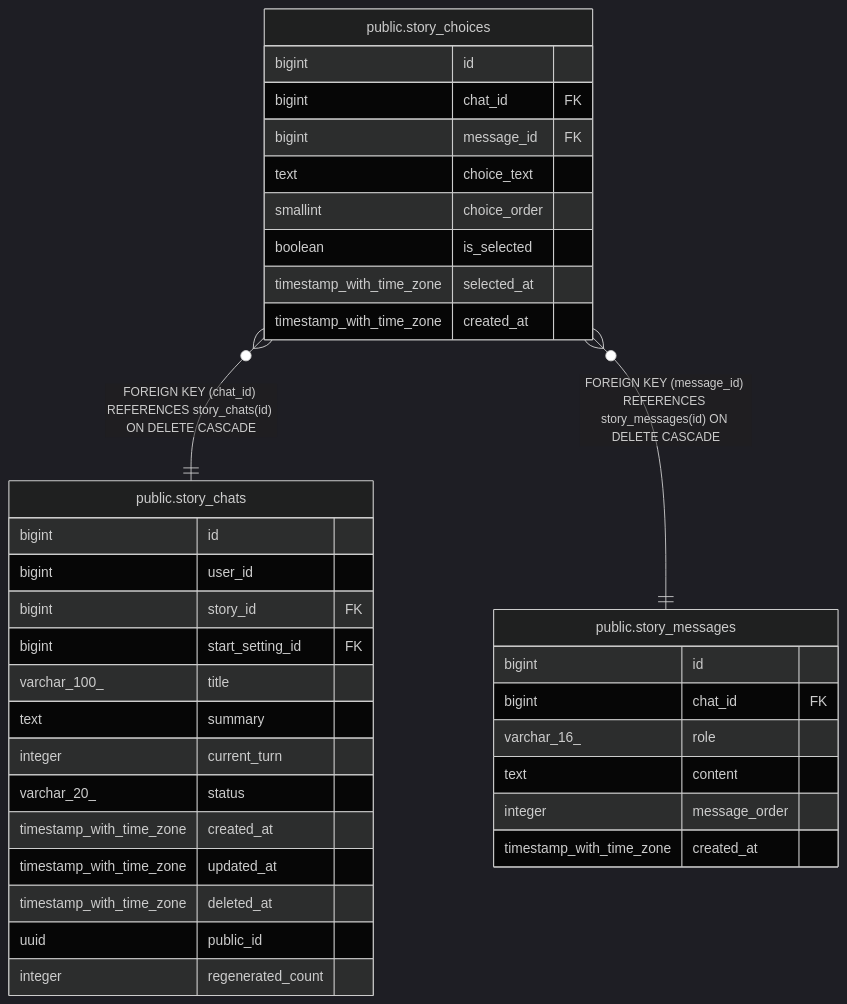
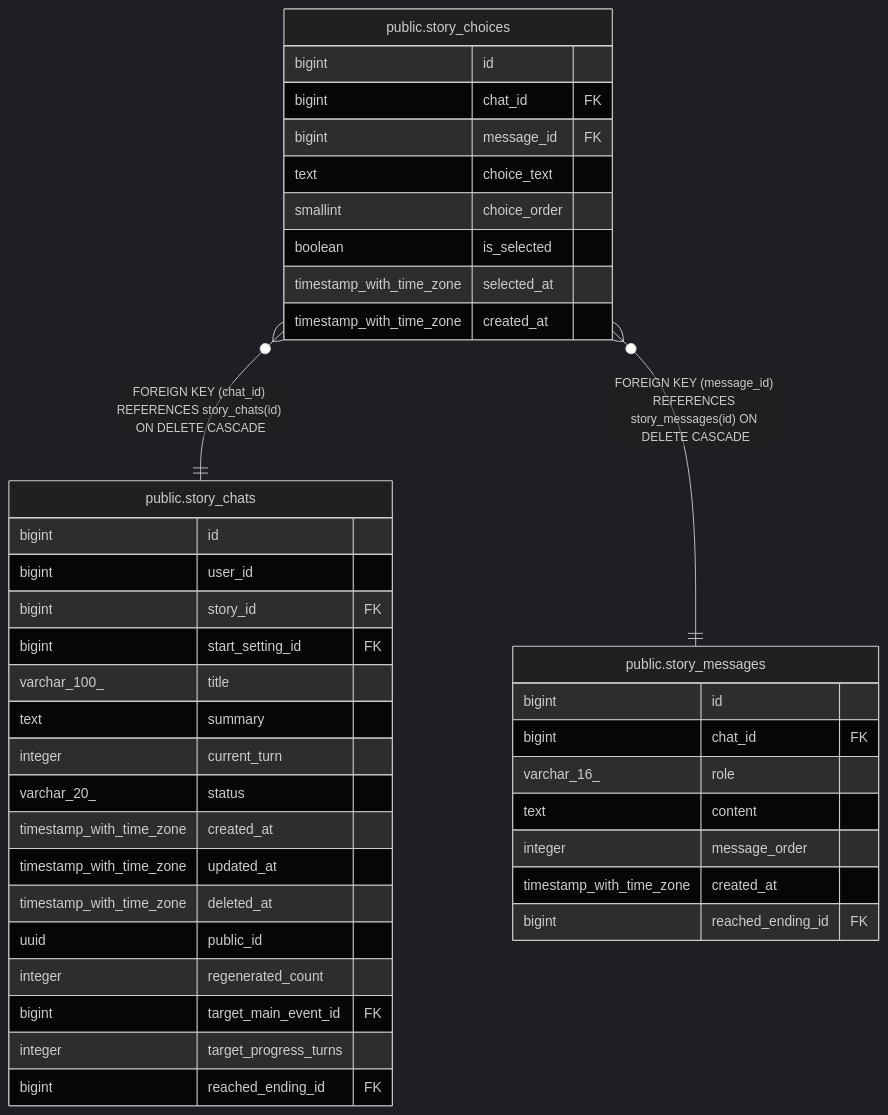
The diagram in dbdoc/public.story_choices.md (KIM-N-KANG/manyak-server), drawn with Mermaid (dark theme) before and after one commit. The commit also changed 46 other files, not shown here.

````diff
--- a/dbdoc/public.story_choices.md
+++ b/dbdoc/public.story_choices.md
@@ -37,40 +37,44 @@
 ```mermaid
 erDiagram
 
 "public.story_choices" }o--|| "public.story_chats" : "FOREIGN KEY (chat_id) REFERENCES story_chats(id) ON DELETE CASCADE"
 "public.story_choices" }o--|| "public.story_messages" : "FOREIGN KEY (message_id) REFERENCES story_messages(id) ON DELETE CASCADE"
 
 "public.story_choices" {
   bigint id
   bigint chat_id FK
   bigint message_id FK
   text choice_text
   smallint choice_order
   boolean is_selected
   timestamp_with_time_zone selected_at
   timestamp_with_time_zone created_at
 }
 "public.story_chats" {
   bigint id
   bigint user_id
   bigint story_id FK
   bigint start_setting_id FK
   varchar_100_ title
   text summary
   integer current_turn
   varchar_20_ status
   timestamp_with_time_zone created_at
   timestamp_with_time_zone updated_at
   timestamp_with_time_zone deleted_at
   uuid public_id
   integer regenerated_count
+  bigint target_main_event_id FK
+  integer target_progress_turns
+  bigint reached_ending_id FK
 }
 "public.story_messages" {
   bigint id
   bigint chat_id FK
   varchar_16_ role
   text content
   integer message_order
   timestamp_with_time_zone created_at
+  bigint reached_ending_id FK
 }
 ```
````
